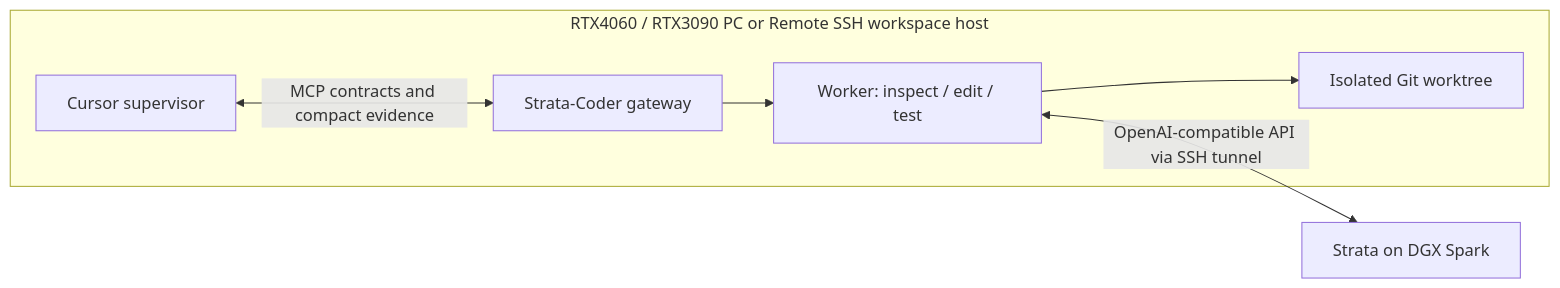
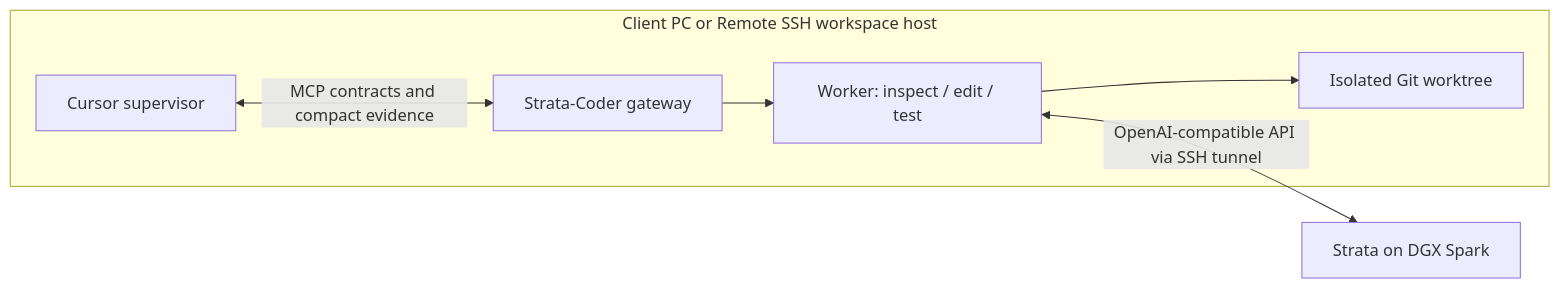
Before and after one commit to est2mzd/strata-coder: the diagram in README.md, drawn with Mermaid. The commit also changed other lines of this file and 2 other files, not shown here.

Commit message:
Rewrite Japanese setup guide for beginners and remove client hardware details

````diff
--- a/README.md
+++ b/README.md
@@ -11,9 +13,9 @@
 ```mermaid
 flowchart LR
-  subgraph Workspace[RTX4060 / RTX3090 PC or Remote SSH workspace host]
+  subgraph Workspace[Client PC or Remote SSH workspace host]
     C[Cursor supervisor] <-->|MCP contracts and compact evidence| G[Strata-Coder gateway]
     G --> W[Worker: inspect / edit / test]
     W --> R[Isolated Git worktree]
   end
   W <-->|OpenAI-compatible API via SSH tunnel| S[Strata on DGX Spark]
 ```
````
